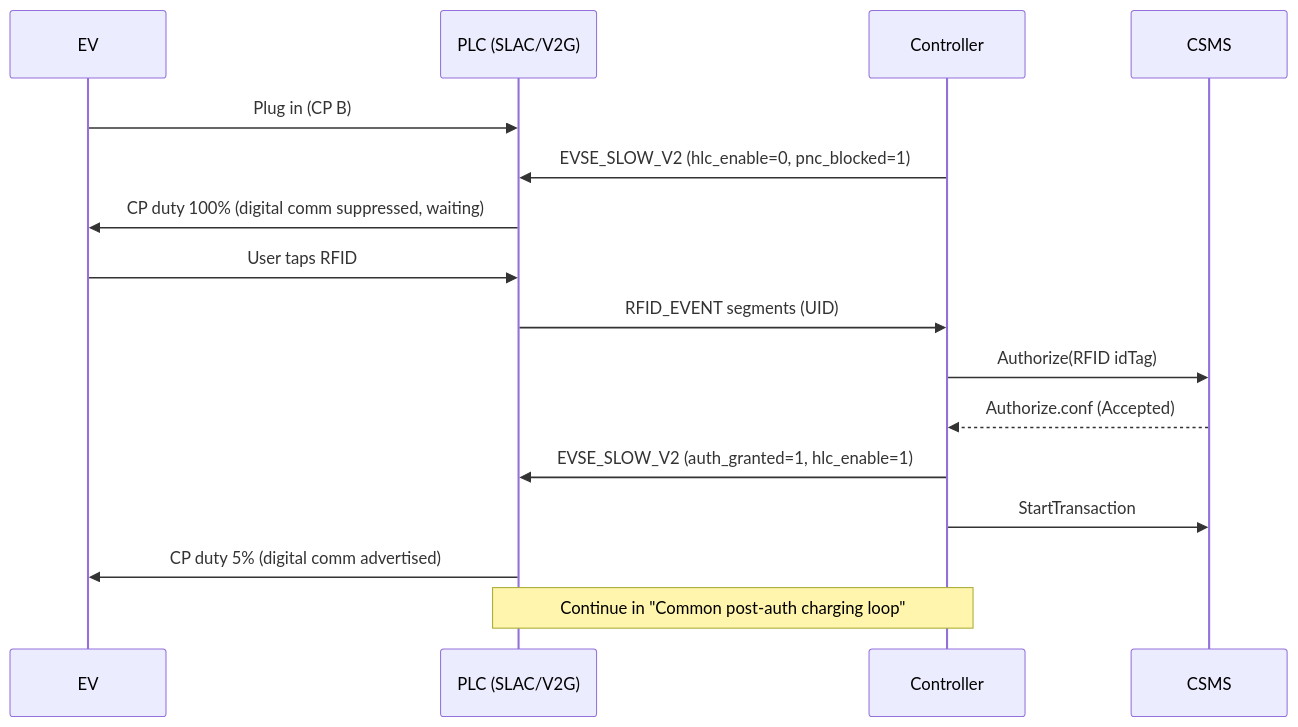
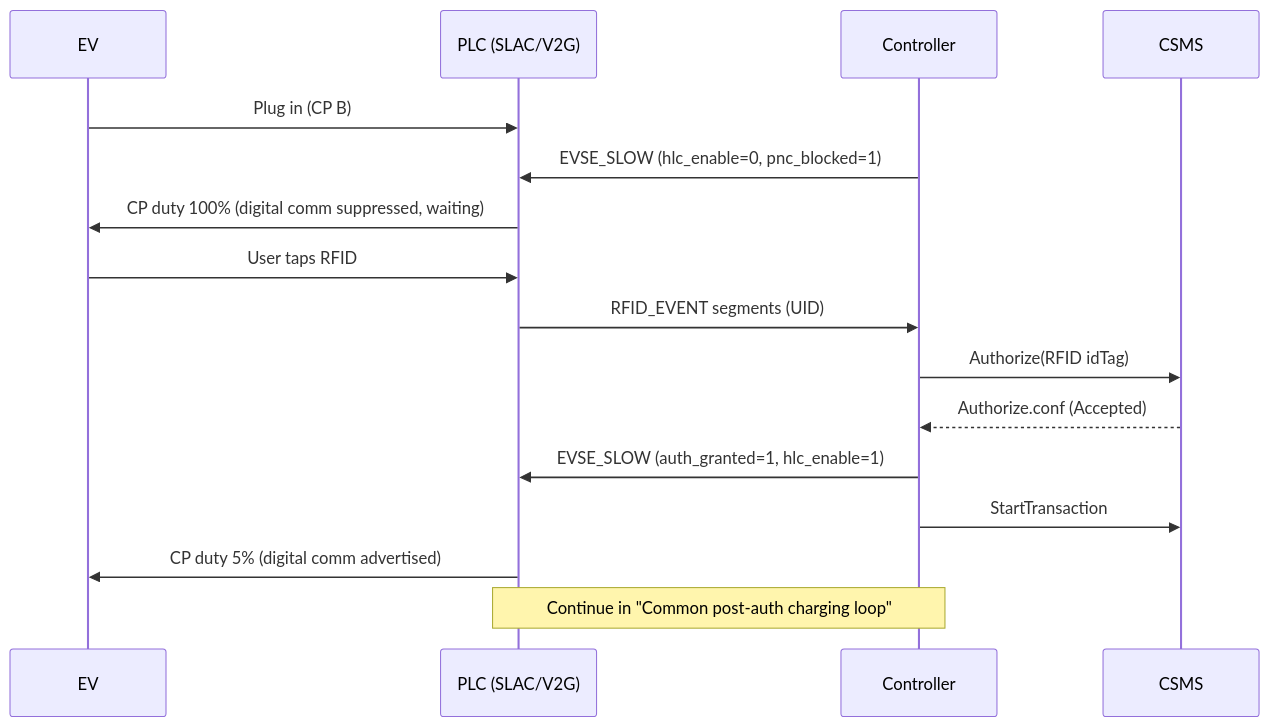
The sixth of 6 diagrams in README.md (hyndex/DC-OCPP), drawn with Mermaid before and after one commit. The commit also changed other lines of this file and 13 other files, not shown here.

````diff
--- a/README.md
+++ b/README.md
@@ -359,20 +359,20 @@
 ```mermaid
 sequenceDiagram
     participant EV
     participant PLC as PLC (SLAC/V2G)
     participant CTRL as Controller
     participant CSMS
 
     EV->>PLC: Plug in (CP B)
-    CTRL->>PLC: EVSE_SLOW_V2 (hlc_enable=0, pnc_blocked=1)
+    CTRL->>PLC: EVSE_SLOW (hlc_enable=0, pnc_blocked=1)
     PLC->>EV: CP duty 100% (digital comm suppressed, waiting)
 
     EV->>PLC: User taps RFID
     PLC->>CTRL: RFID_EVENT segments (UID)
     CTRL->>CSMS: Authorize(RFID idTag)
     CSMS-->>CTRL: Authorize.conf (Accepted)
-    CTRL->>PLC: EVSE_SLOW_V2 (auth_granted=1, hlc_enable=1)
+    CTRL->>PLC: EVSE_SLOW (auth_granted=1, hlc_enable=1)
     CTRL->>CSMS: StartTransaction
     PLC->>EV: CP duty 5% (digital comm advertised)
     Note over PLC,CTRL: Continue in "Common post-auth charging loop"
 ```
````
